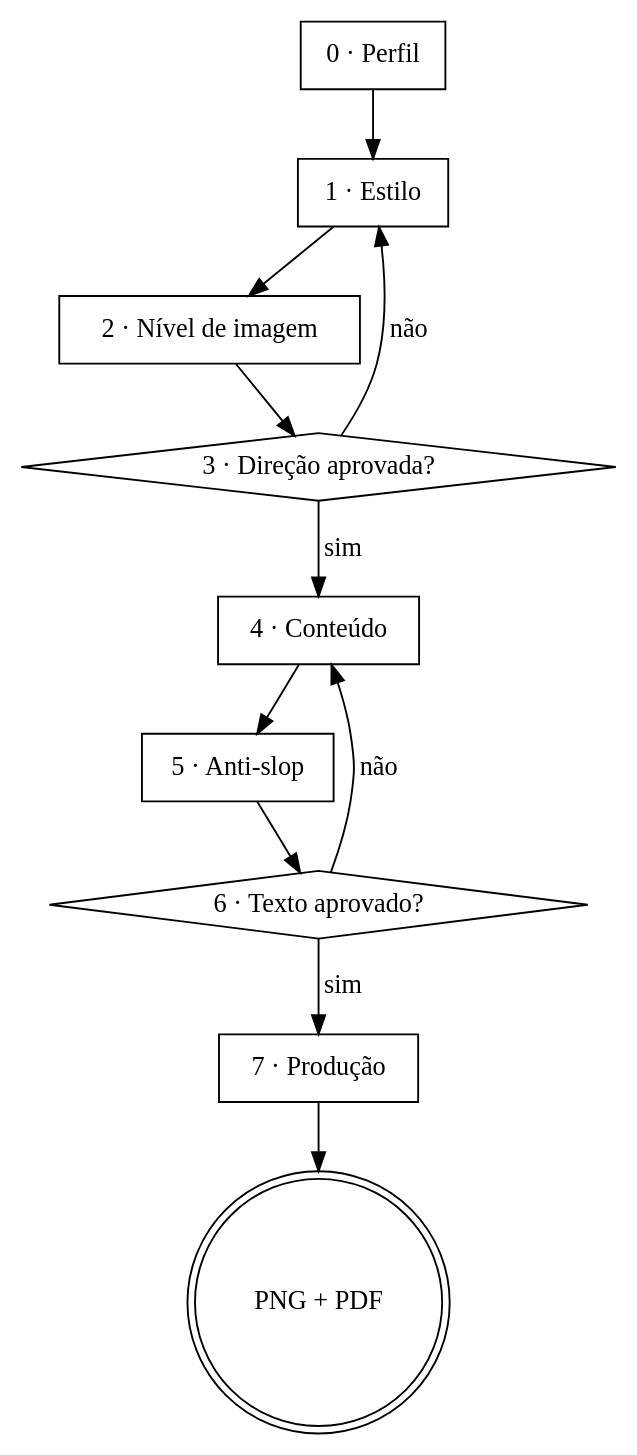
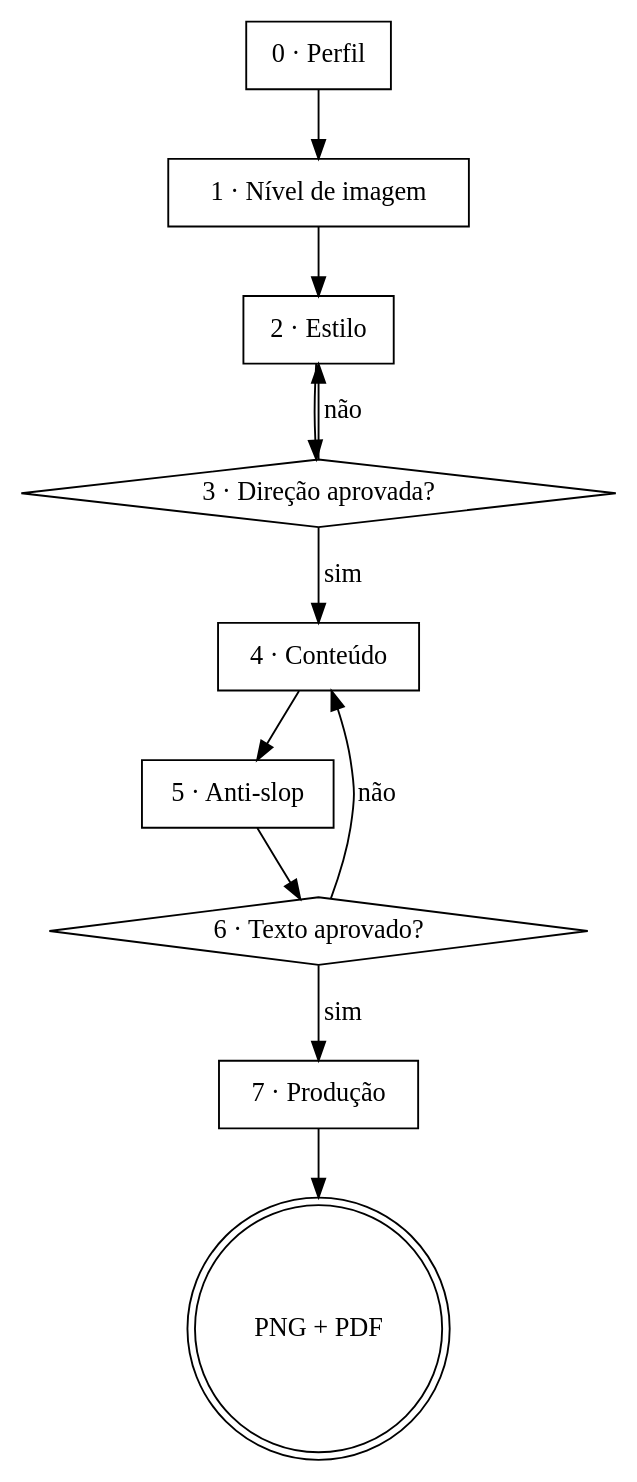
Before and after one commit to drudif/carroussel-please: the diagram in SKILL.md, drawn with Graphviz. The commit also changed other lines of this file and 4 other files, not shown here.

First line of the commit message:
o nivel de imagem passa a vir antes do estilo, e vira funil

````diff
--- a/SKILL.md
+++ b/SKILL.md
@@ -29,21 +29,21 @@
 ```dot
 digraph carrossel {
   "0 · Perfil" [shape=box];
-  "1 · Estilo" [shape=box];
-  "2 · Nível de imagem" [shape=box];
+  "1 · Nível de imagem" [shape=box];
+  "2 · Estilo" [shape=box];
   "3 · Direção aprovada?" [shape=diamond];
   "4 · Conteúdo" [shape=box];
   "5 · Anti-slop" [shape=box];
   "6 · Texto aprovado?" [shape=diamond];
   "7 · Produção" [shape=box];
   "PNG + PDF" [shape=doublecircle];
 
-  "0 · Perfil" -> "1 · Estilo" -> "2 · Nível de imagem" -> "3 · Direção aprovada?";
-  "3 · Direção aprovada?" -> "1 · Estilo" [label="não"];
+  "0 · Perfil" -> "1 · Nível de imagem" -> "2 · Estilo" -> "3 · Direção aprovada?";
+  "3 · Direção aprovada?" -> "2 · Estilo" [label="não"];
   "3 · Direção aprovada?" -> "4 · Conteúdo" [label="sim"];
   "4 · Conteúdo" -> "5 · Anti-slop" -> "6 · Texto aprovado?";
   "6 · Texto aprovado?" -> "4 · Conteúdo" [label="não"];
   "6 · Texto aprovado?" -> "7 · Produção" [label="sim"];
   "7 · Produção" -> "PNG + PDF";
 }
 ```
````
